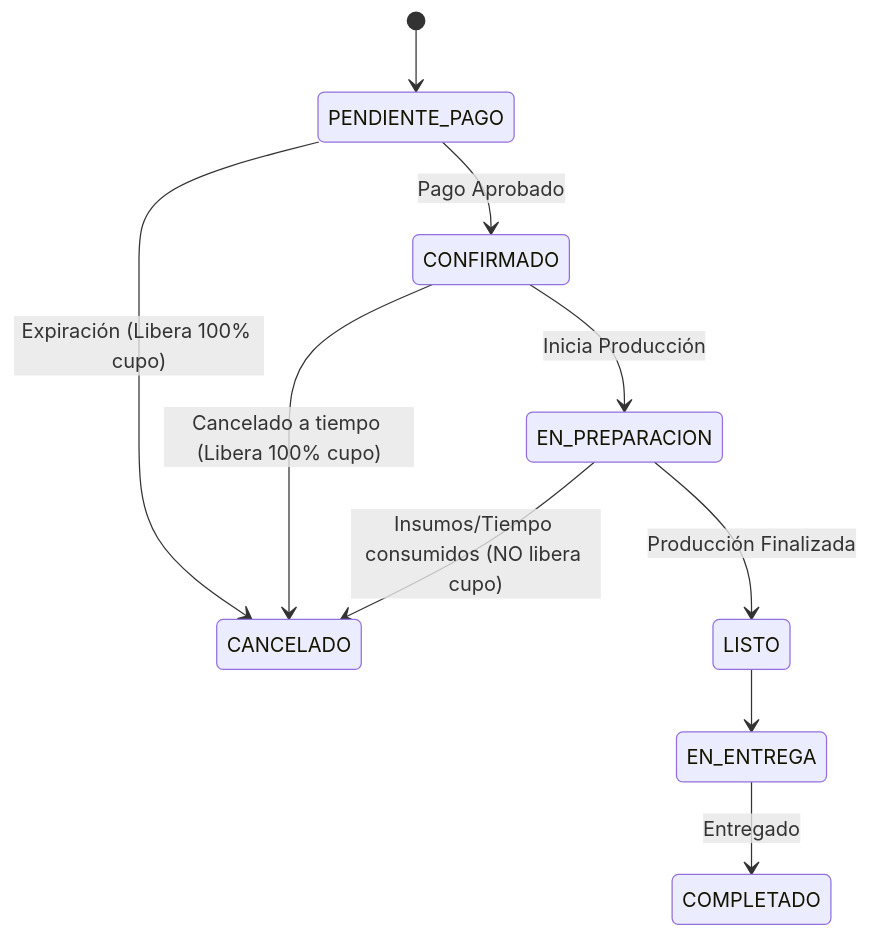
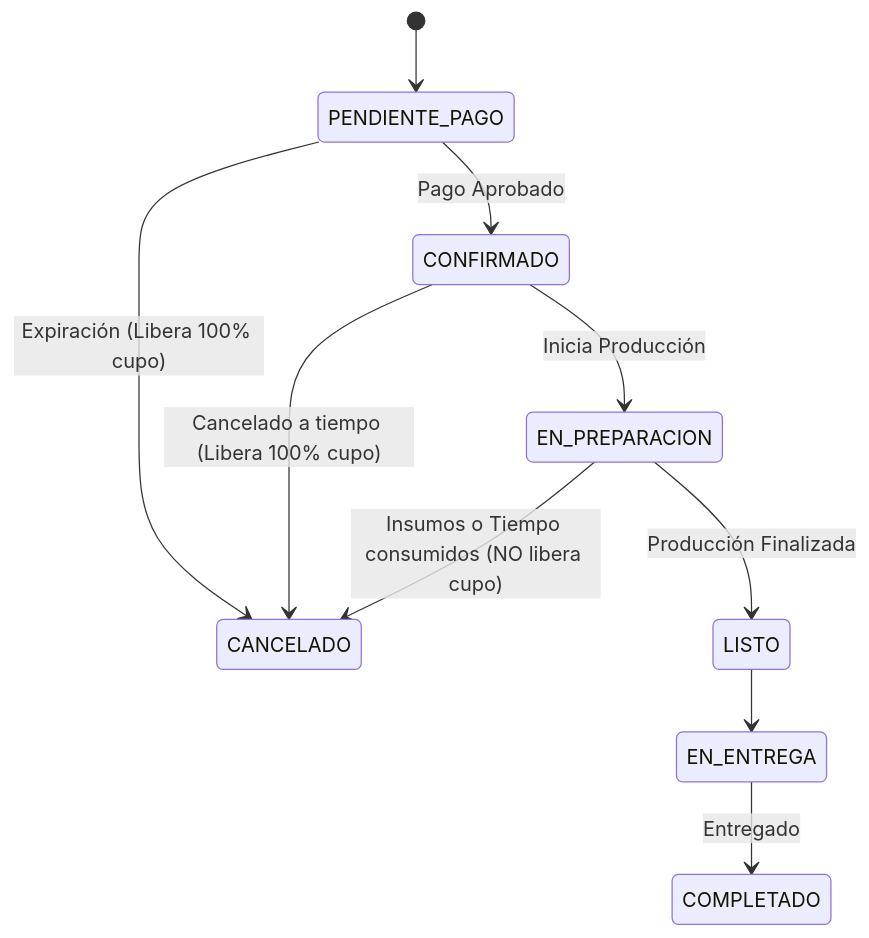
Before and after one commit to iJosueeh/jaldishop: the fourth of 5 diagrams in docs/01-producto/modelo-capacidad-v1.md, drawn with Mermaid. The commit also changed other lines of this file and 3 other files, not shown here.

````diff
--- a/docs/01-producto/modelo-capacidad-v1.md
+++ b/docs/01-producto/modelo-capacidad-v1.md
@@ -201,15 +200,15 @@
 ```mermaid
 stateDiagram-v2
     [*] --> PENDIENTE_PAGO
     PENDIENTE_PAGO --> CONFIRMADO : Pago Aprobado
     PENDIENTE_PAGO --> CANCELADO : Expiración (Libera 100% cupo)
     
     CONFIRMADO --> EN_PREPARACION : Inicia Producción
     CONFIRMADO --> CANCELADO : Cancelado a tiempo (Libera 100% cupo)
 
     EN_PREPARACION --> LISTO : Producción Finalizada
-    EN_PREPARACION --> CANCELADO : Insumos/Tiempo consumidos (NO libera cupo)
+    EN_PREPARACION --> CANCELADO : Insumos o Tiempo consumidos (NO libera cupo)
 
     LISTO --> EN_ENTREGA
     EN_ENTREGA --> COMPLETADO : Entregado
 ```
````
